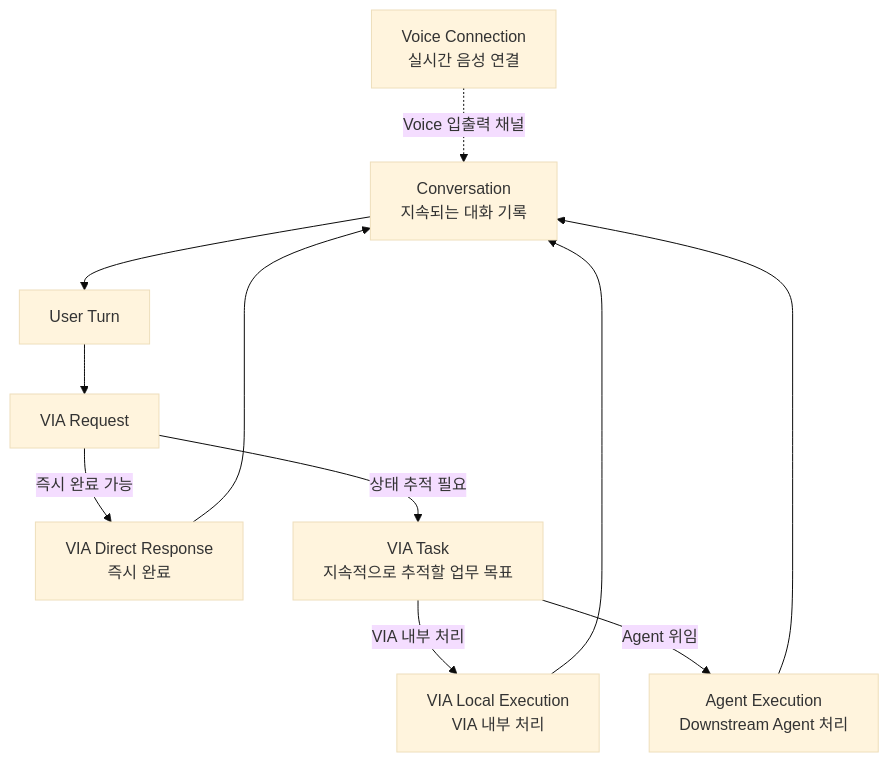
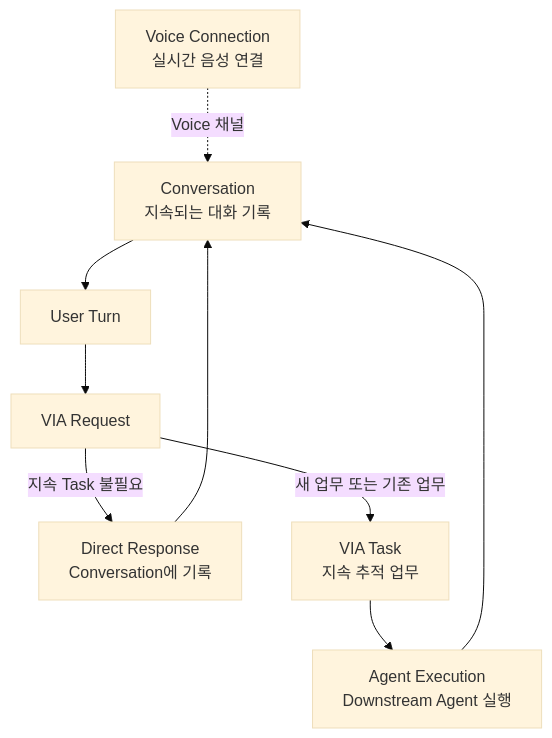
The second of 5 diagrams in docs/rebaseline/02-terms.md (cbyche/via-sw-architecture), drawn with Mermaid (base theme) before and after one commit. The commit also changed other lines of this file, not shown here.

Commit message:
docs: separate task relation from request handling

````diff
--- a/docs/rebaseline/02-terms.md
+++ b/docs/rebaseline/02-terms.md
@@ -62,32 +52,19 @@
 ```mermaid
 flowchart TB
     VC["Voice Connection<br/>실시간 음성 연결"]
+    C["Conversation<br/>지속되는 대화 기록"]
+    UT["User Turn"]
+    RQ["VIA Request"]
+    DR["Direct Response<br/>Conversation에 기록"]
+    T["VIA Task<br/>지속 추적 업무"]
+    AE["Agent Execution<br/>Downstream Agent 실행"]
 
-    C["Conversation<br/>지속되는 대화 기록"]
-
-    UT["User Turn"]
-    VR["VIA Request"]
-
-    DR["VIA Direct Response<br/>즉시 완료"]
-
-    VT["VIA Task<br/>지속적으로 추적할 업무 목표"]
-
-    LE["VIA Local Execution<br/>VIA 내부 처리"]
-    AE["Agent Execution<br/>Downstream Agent 처리"]
-
-    VC -. "Voice 입출력 채널" .-> C
-
+    VC -. "Voice 채널" .-> C
     C --> UT
-    UT --> VR
-
-    VR -->|"즉시 완료 가능"| DR
+    UT --> RQ
+    RQ -->|"지속 Task 불필요"| DR
     DR --> C
-
-    VR -->|"상태 추적 필요"| VT
-
-    VT -->|"VIA 내부 처리"| LE
-    VT -->|"Agent 위임"| AE
-
-    LE --> C
+    RQ -->|"새 업무 또는 기존 업무"| T
+    T --> AE
     AE --> C
 ```
````
